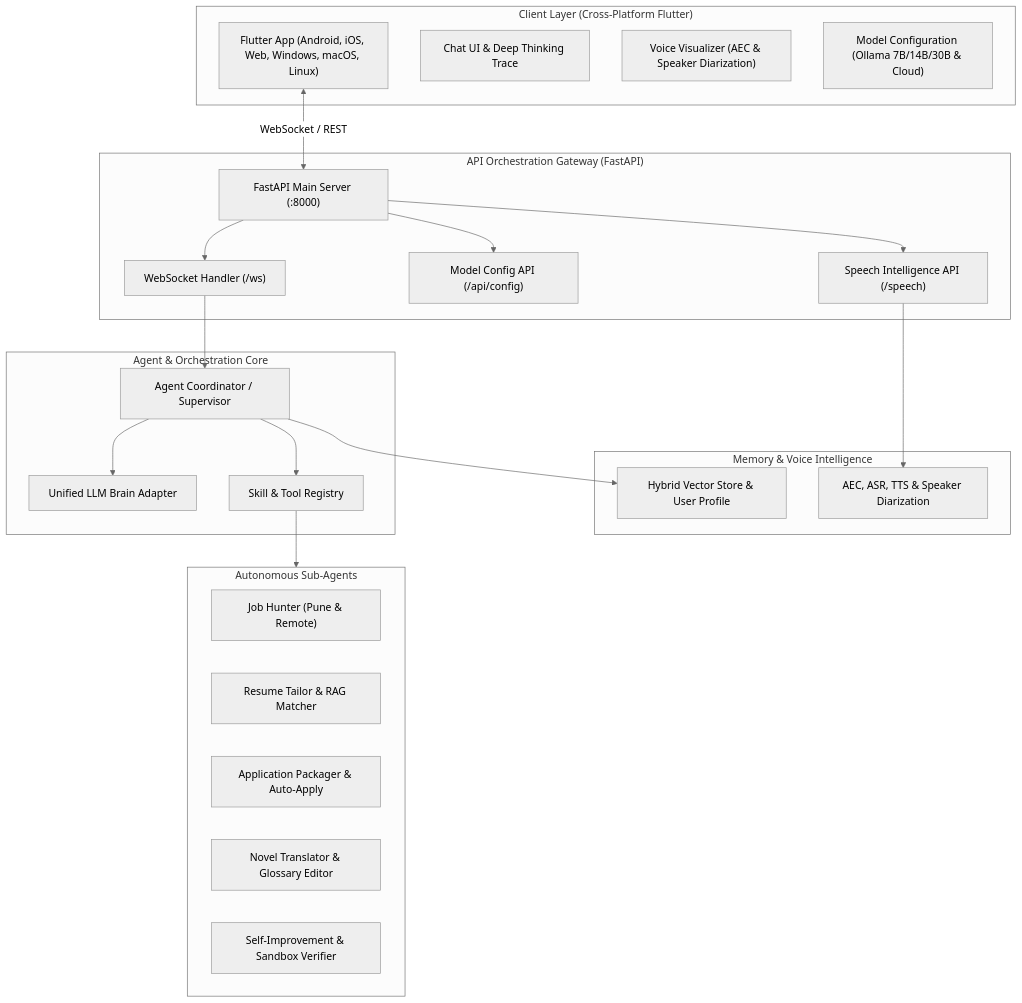
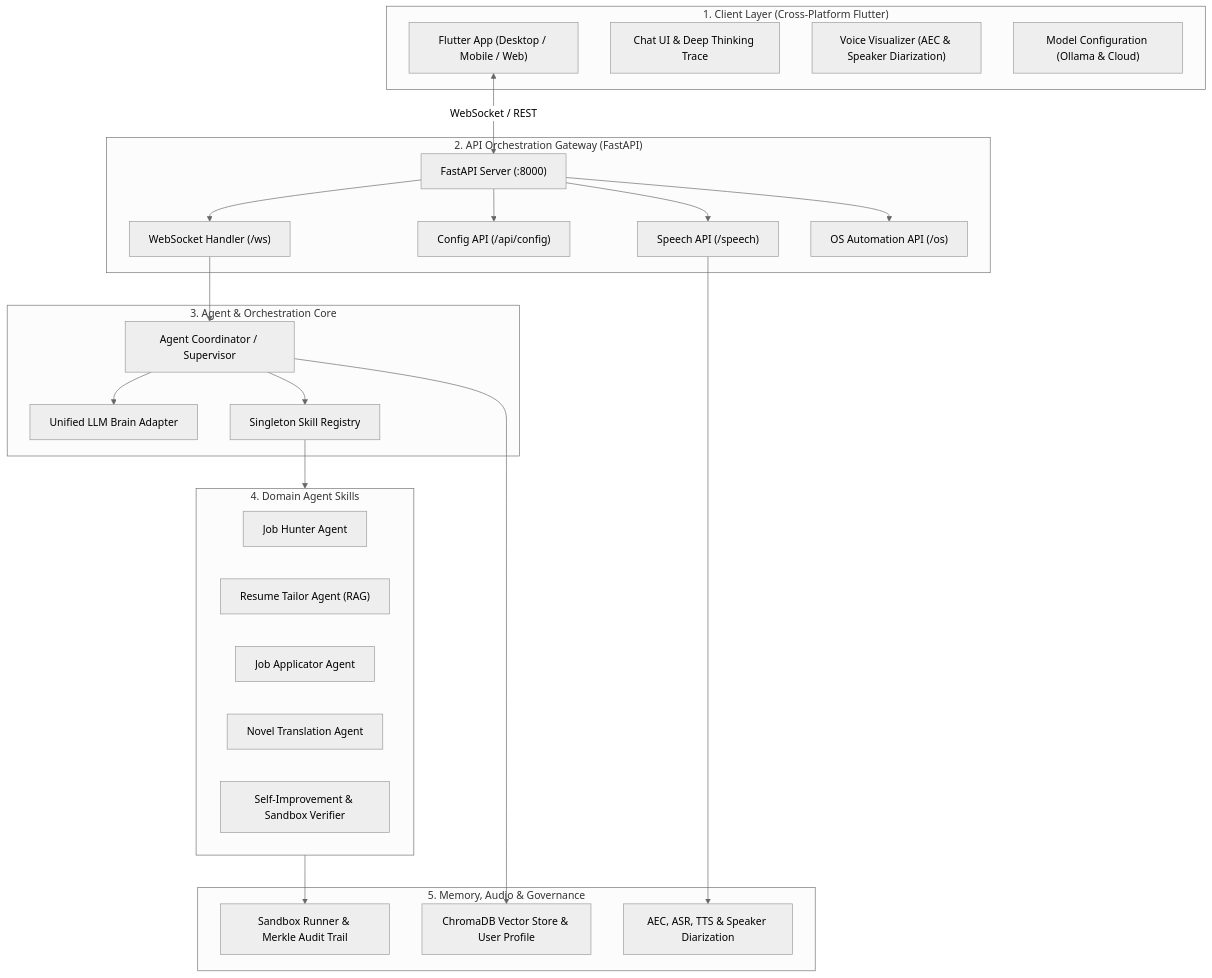
Before and after one commit to Kennny7/Thanatos: the diagram in README.md, drawn with Mermaid (neutral theme). The commit also changed other lines of this file, not shown here.

````diff
--- a/README.md
+++ b/README.md
@@ -36,42 +65,45 @@
 ```mermaid
 flowchart TB
-    subgraph ClientLayer ["Client Layer (Cross-Platform Flutter)"]
-        FlutterApp["Flutter App (Android, iOS, Web, Windows, macOS, Linux)"]
+    subgraph ClientLayer ["1. Client Layer (Cross-Platform Flutter)"]
+        FlutterApp["Flutter App (Desktop / Mobile / Web)"]
         ChatUI["Chat UI & Deep Thinking Trace"]
         VoiceUI["Voice Visualizer (AEC & Speaker Diarization)"]
-        SettingsUI["Model Configuration (Ollama 7B/14B/30B & Cloud)"]
+        SettingsUI["Model Configuration (Ollama & Cloud)"]
     end
 
-    subgraph APILayer ["API Orchestration Gateway (FastAPI)"]
-        MainApp["FastAPI Main Server (:8000)"]
+    subgraph APILayer ["2. API Orchestration Gateway (FastAPI)"]
+        MainApp["FastAPI Server (:8000)"]
         WSRoute["WebSocket Handler (/ws)"]
-        ConfigRoute["Model Config API (/api/config)"]
-        SpeechRoute["Speech Intelligence API (/speech)"]
+        ConfigRoute["Config API (/api/config)"]
+        SpeechRoute["Speech API (/speech)"]
+        OSRoute["OS Automation API (/os)"]
     end
 
-    subgraph CoreEngine ["Agent & Orchestration Core"]
+    subgraph CoreEngine ["3. Agent & Orchestration Core"]
         Coordinator["Agent Coordinator / Supervisor"]
         UnifiedProvider["Unified LLM Brain Adapter"]
-        SkillRegistry["Skill & Tool Registry"]
+        SkillRegistry["Singleton Skill Registry"]
     end
 
-    subgraph SubAgents ["Autonomous Sub-Agents"]
-        JobHunter["Job Hunter (Pune & Remote)"]
-        ResumeTailor["Resume Tailor & RAG Matcher"]
-        JobApplicator["Application Packager & Auto-Apply"]
-        NovelAgent["Novel Translator & Glossary Editor"]
+    subgraph SubAgents ["4. Domain Agent Skills"]
+        JobHunter["Job Hunter Agent"]
+        ResumeTailor["Resume Tailor Agent (RAG)"]
+        JobApplicator["Job Applicator Agent"]
+        NovelAgent["Novel Translation Agent"]
         SelfImprovement["Self-Improvement & Sandbox Verifier"]
     end
 
-    subgraph MemoryVoice ["Memory & Voice Intelligence"]
-        RAGMemory["Hybrid Vector Store & User Profile"]
+    subgraph MemoryVoice ["5. Memory, Audio & Governance"]
+        RAGMemory["ChromaDB Vector Store & User Profile"]
         SpeechService["AEC, ASR, TTS & Speaker Diarization"]
+        SandboxAudit["Sandbox Runner & Merkle Audit Trail"]
     end
 
     FlutterApp <-->|WebSocket / REST| MainApp
-    MainApp --> WSRoute & ConfigRoute & SpeechRoute
+    MainApp --> WSRoute & ConfigRoute & SpeechRoute & OSRoute
     WSRoute --> Coordinator --> UnifiedProvider
     Coordinator --> SkillRegistry --> SubAgents
     Coordinator --> RAGMemory
     SpeechRoute --> SpeechService
+    SubAgents --> SandboxAudit
 ```
````
